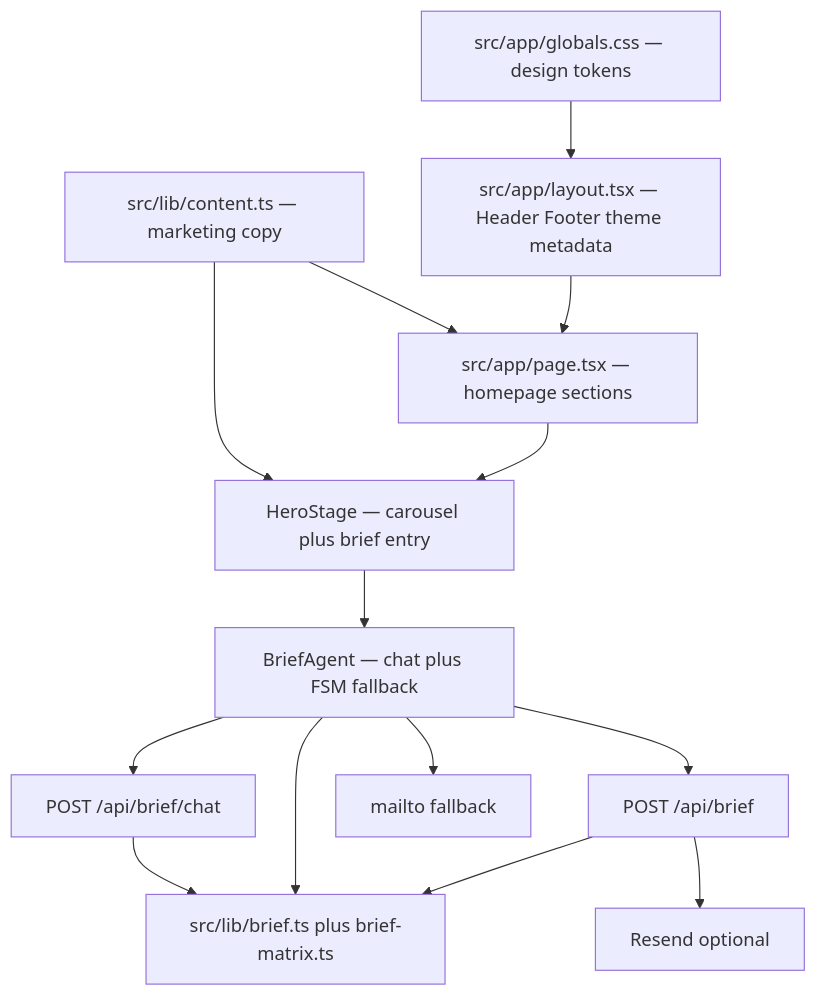
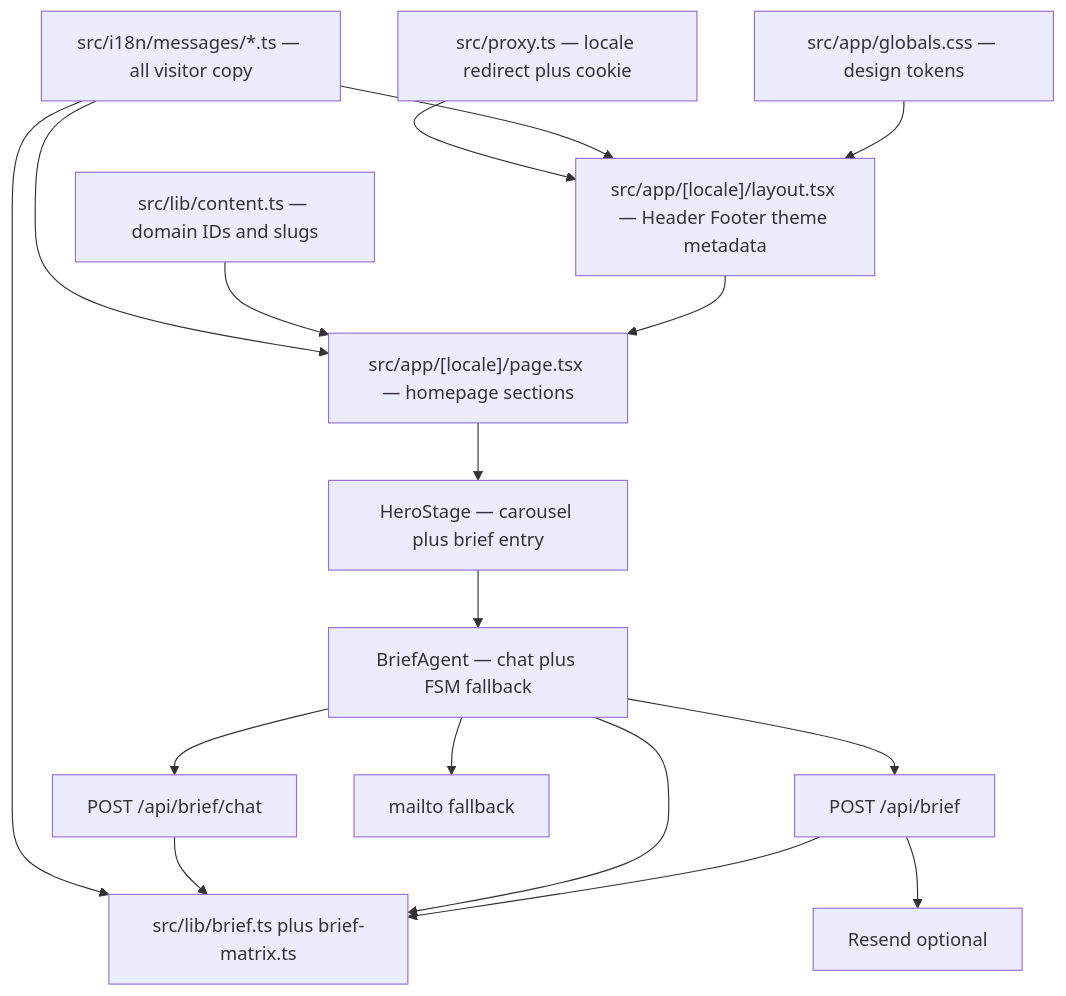
One commit to Neora-Labs/neora-labs changed the diagram in AGENTS.md. Above: the diagram before and after it, drawn with Mermaid. The commit also changed other lines of this file, not shown here.

````diff
--- a/AGENTS.md
+++ b/AGENTS.md
@@ -11,28 +11,33 @@
 ```mermaid
 flowchart TB
-  layout["src/app/layout.tsx — Header Footer theme metadata"]
-  page["src/app/page.tsx — homepage sections"]
-  content["src/lib/content.ts — marketing copy"]
+  proxy["src/proxy.ts — locale redirect plus cookie"]
+  layout["src/app/[locale]/layout.tsx — Header Footer theme metadata"]
+  page["src/app/[locale]/page.tsx — homepage sections"]
+  messages["src/i18n/messages/*.ts — all visitor copy"]
+  content["src/lib/content.ts — domain IDs and slugs"]
   tokens["src/app/globals.css — design tokens"]
   hero["HeroStage — carousel plus brief entry"]
   briefUi["BriefAgent — chat plus FSM fallback"]
   briefLib["src/lib/brief.ts plus brief-matrix.ts"]
   chatApi["POST /api/brief/chat"]
   api["POST /api/brief"]
   resend["Resend optional"]
   mailto["mailto fallback"]
 
+  proxy --> layout
+  messages --> layout
+  messages --> page
+  messages --> briefLib
   content --> page
-  content --> hero
   tokens --> layout
   layout --> page
   page --> hero
   hero --> briefUi
   briefUi --> chatApi
   chatApi --> briefLib
   briefUi --> briefLib
   briefUi --> api
   api --> briefLib
   api --> resend
   briefUi --> mailto
 ```
````
